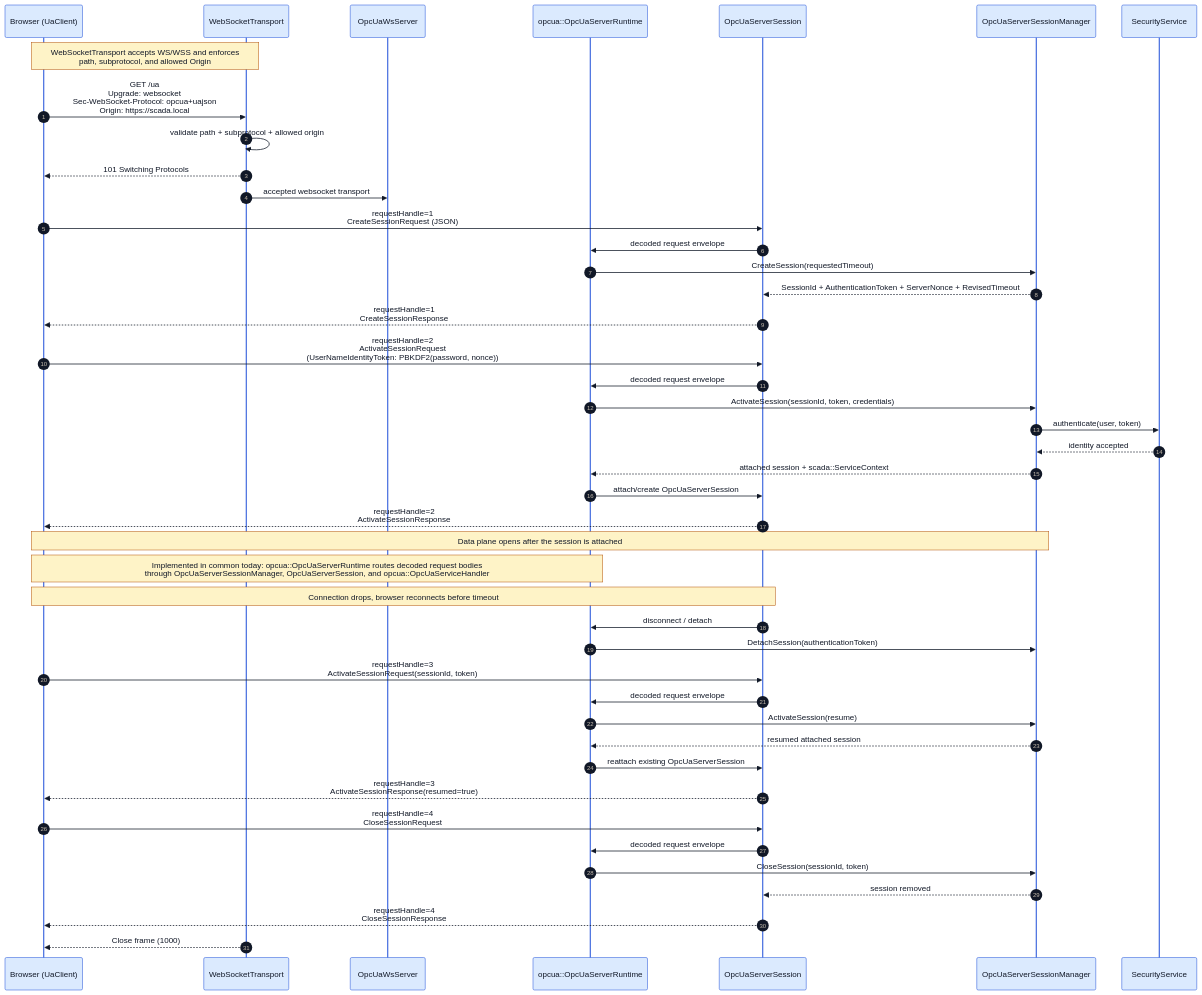
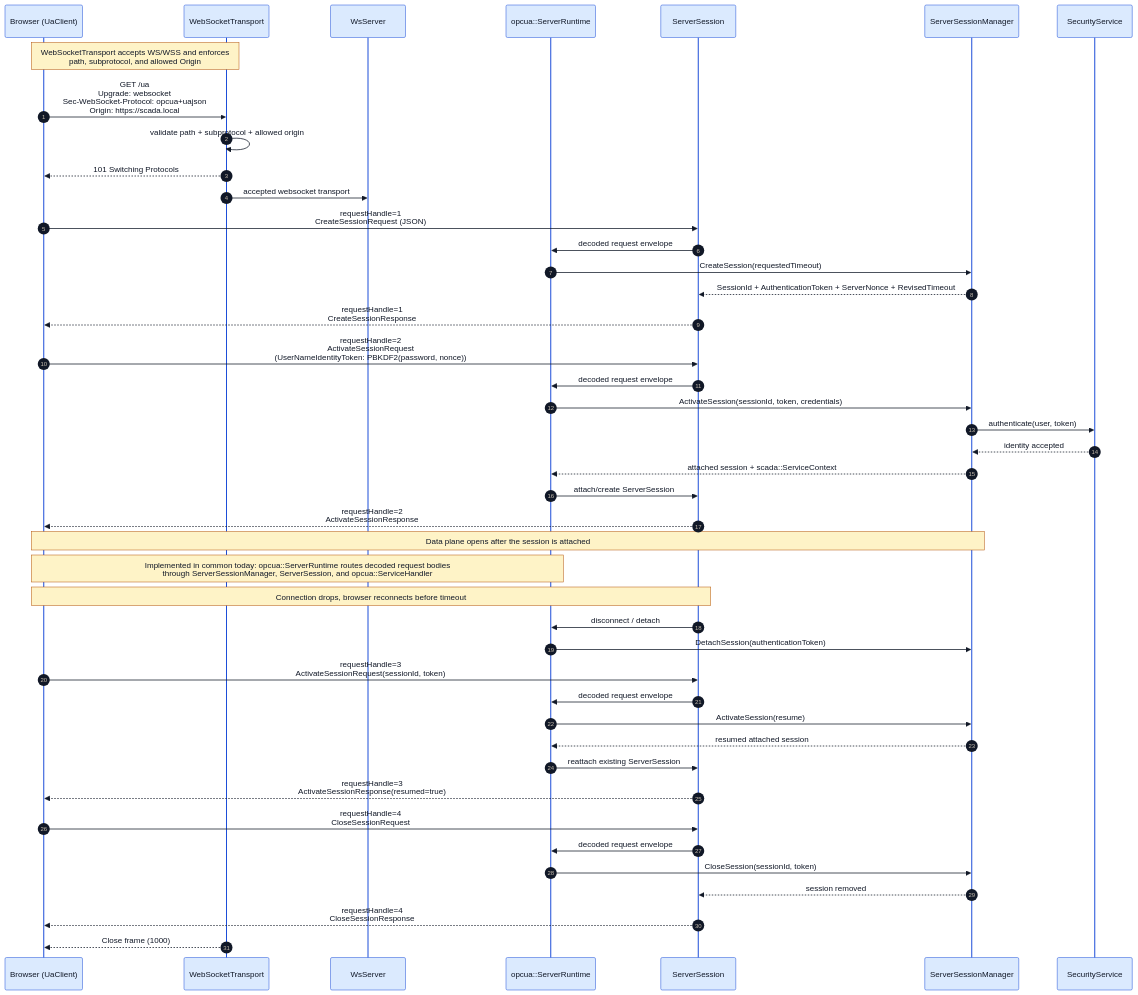
The diagram in docs/diagrams/opcua_session_sequence.mmd (alexsmn/scada-common), drawn with Mermaid before and after one commit. The commit also changed 100 other files, not shown here.

```diff
--- a/docs/diagrams/opcua_session_sequence.mmd
+++ b/docs/diagrams/opcua_session_sequence.mmd
@@ -1,65 +1,65 @@
 %%{init: {
   'theme': 'base',
   'themeVariables': {
     'background': '#ffffff',
     'primaryColor': '#f3f4f6',
     'primaryBorderColor': '#374151',
     'primaryTextColor': '#111827',
     'lineColor': '#374151',
     'actorBkg': '#dbeafe',
     'actorBorder': '#1d4ed8',
     'actorTextColor': '#111827',
     'noteBkgColor': '#fef3c7',
     'noteBorderColor': '#b45309',
     'noteTextColor': '#111827'
   }
 }}%%
 sequenceDiagram
     autonumber
     participant B as Browser (UaClient)
     participant WST as WebSocketTransport
-    participant WS as OpcUaWsServer
-    participant RT as opcua::OpcUaServerRuntime
-    participant S as OpcUaServerSession
-    participant M as OpcUaServerSessionManager
+    participant WS as WsServer
+    participant RT as opcua::ServerRuntime
+    participant S as ServerSession
+    participant M as ServerSessionManager
     participant SEC as SecurityService
 
     Note over B,WST: WebSocketTransport accepts WS/WSS and enforces<br/>path, subprotocol, and allowed Origin
     B->>WST: GET /ua<br/>Upgrade: websocket<br/>Sec-WebSocket-Protocol: opcua+uajson<br/>Origin: https://scada.local
     WST->>WST: validate path + subprotocol + allowed origin
     WST-->>B: 101 Switching Protocols
     WST->>WS: accepted websocket transport
     B->>S: requestHandle=1<br/>CreateSessionRequest (JSON)
     S->>RT: decoded request envelope
     RT->>M: CreateSession(requestedTimeout)
     M-->>S: SessionId + AuthenticationToken + ServerNonce + RevisedTimeout
     S-->>B: requestHandle=1<br/>CreateSessionResponse
 
     B->>S: requestHandle=2<br/>ActivateSessionRequest<br/>(UserNameIdentityToken: PBKDF2(password, nonce))
     S->>RT: decoded request envelope
     RT->>M: ActivateSession(sessionId, token, credentials)
     M->>SEC: authenticate(user, token)
     SEC-->>M: identity accepted
     M-->>RT: attached session + scada::ServiceContext
-    RT->>S: attach/create OpcUaServerSession
+    RT->>S: attach/create ServerSession
     S-->>B: requestHandle=2<br/>ActivateSessionResponse
 
     Note over B,M: Data plane opens after the session is attached
-    Note over B,RT: Implemented in common today: opcua::OpcUaServerRuntime routes decoded request bodies<br/>through OpcUaServerSessionManager, OpcUaServerSession, and opcua::OpcUaServiceHandler
+    Note over B,RT: Implemented in common today: opcua::ServerRuntime routes decoded request bodies<br/>through ServerSessionManager, ServerSession, and opcua::ServiceHandler
 
     Note over B,S: Connection drops, browser reconnects before timeout
     S->>RT: disconnect / detach
     RT->>M: DetachSession(authenticationToken)
     B->>S: requestHandle=3<br/>ActivateSessionRequest(sessionId, token)
     S->>RT: decoded request envelope
     RT->>M: ActivateSession(resume)
     M-->>RT: resumed attached session
-    RT->>S: reattach existing OpcUaServerSession
+    RT->>S: reattach existing ServerSession
     S-->>B: requestHandle=3<br/>ActivateSessionResponse(resumed=true)
 
     B->>S: requestHandle=4<br/>CloseSessionRequest
     S->>RT: decoded request envelope
     RT->>M: CloseSession(sessionId, token)
     M-->>S: session removed
     S-->>B: requestHandle=4<br/>CloseSessionResponse
     WST-->>B: Close frame (1000)
```
